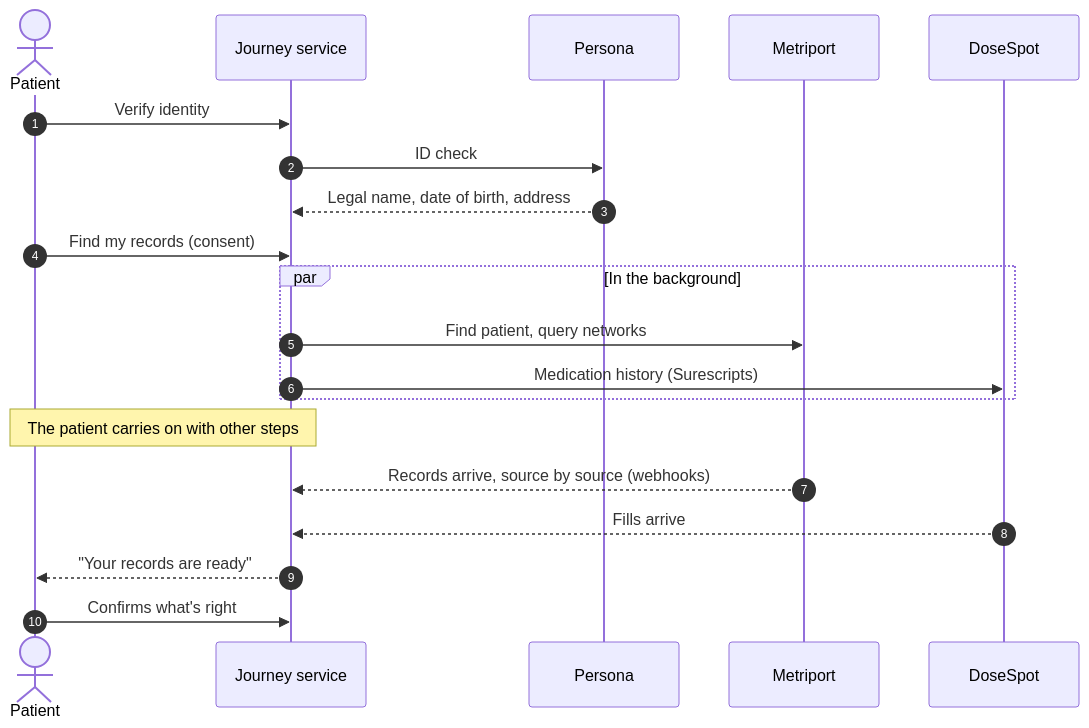
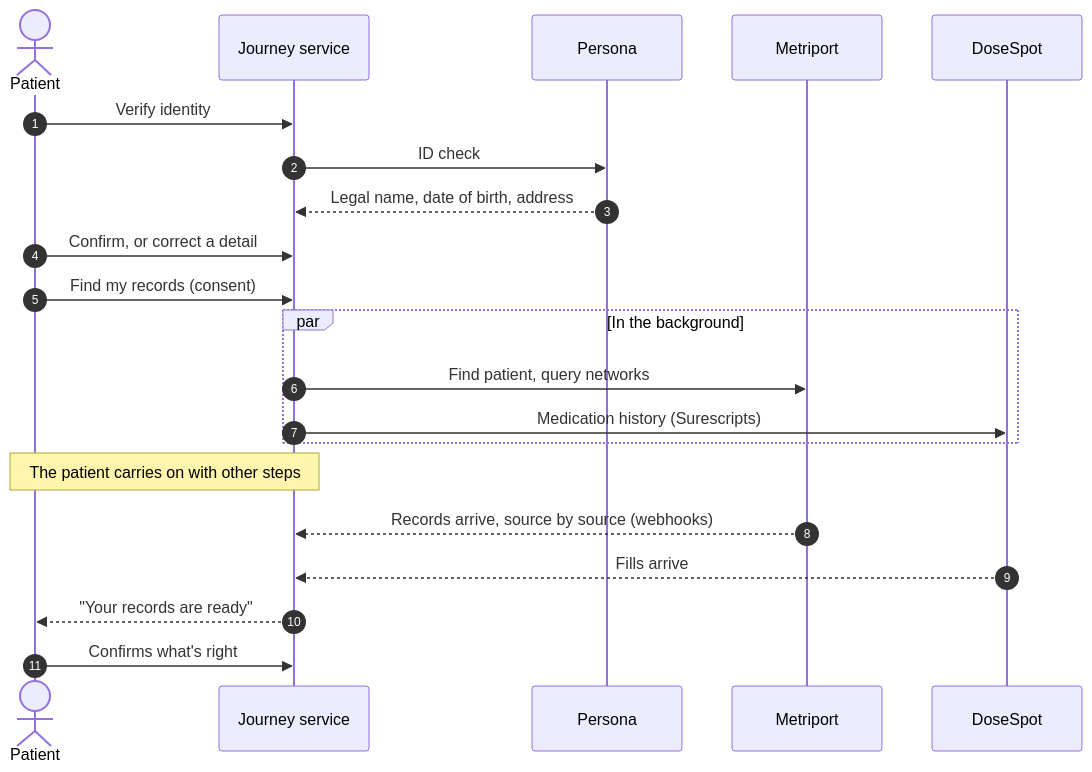
The third of 8 diagrams in docs/ARCHITECTURE.md (emeka-flourish/legion-onboarding), drawn with Mermaid before and after one commit. The commit also changed other lines of this file and 34 other files, not shown here.

````diff
--- a/docs/ARCHITECTURE.md
+++ b/docs/ARCHITECTURE.md
@@ -93,22 +93,23 @@
 ```mermaid
 sequenceDiagram
   autonumber
   actor Pt as Patient
   participant J as Journey service
   participant Pe as Persona
   participant M as Metriport
   participant D as DoseSpot
   Pt->>J: Verify identity
   J->>Pe: ID check
   Pe-->>J: Legal name, date of birth, address
+  Pt->>J: Confirm, or correct a detail
   Pt->>J: Find my records (consent)
   par In the background
     J->>M: Find patient, query networks
     J->>D: Medication history (Surescripts)
   end
   Note over Pt,J: The patient carries on with other steps
   M-->>J: Records arrive, source by source (webhooks)
   D-->>J: Fills arrive
   J-->>Pt: "Your records are ready"
   Pt->>J: Confirms what's right
 ```
````
